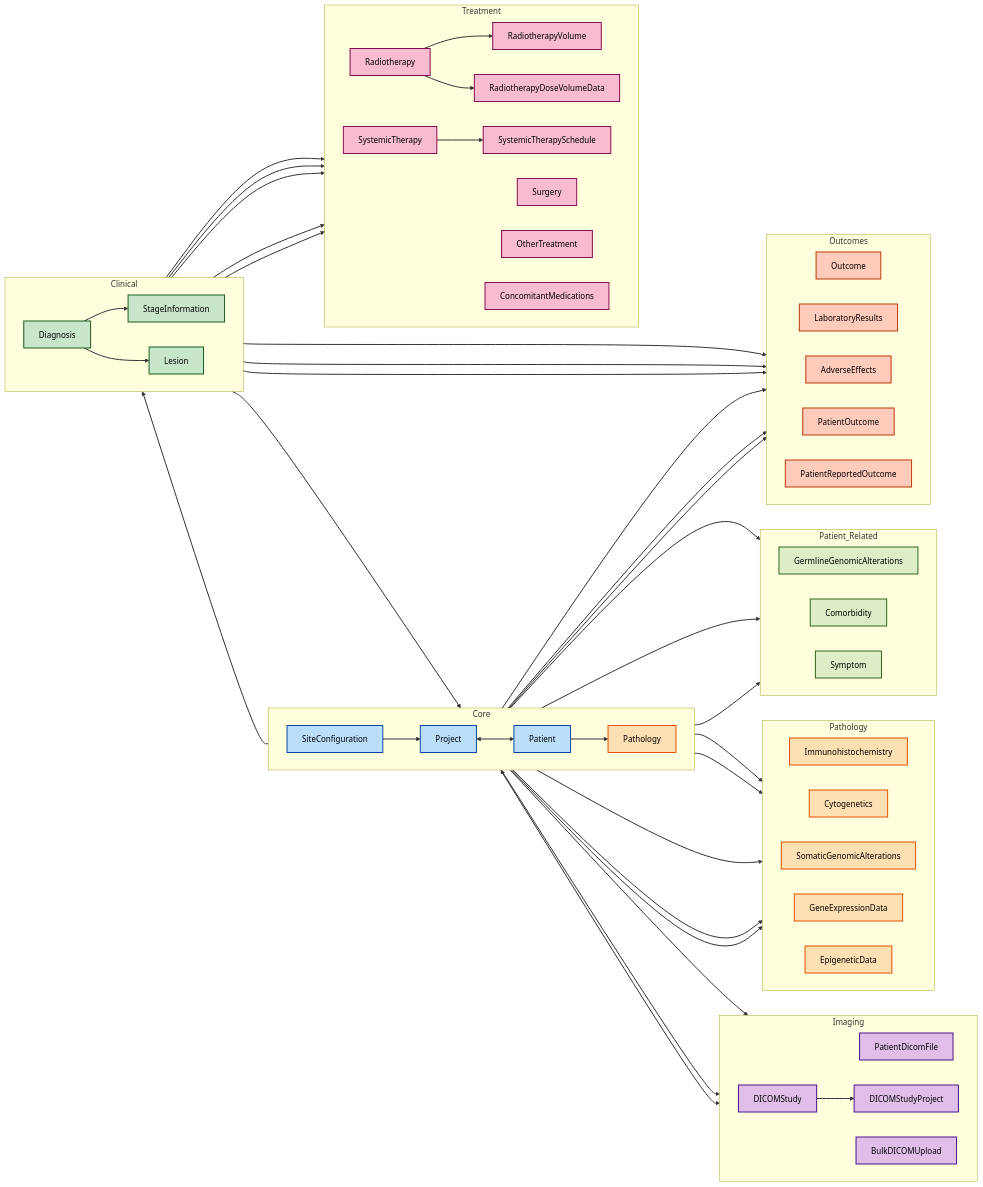
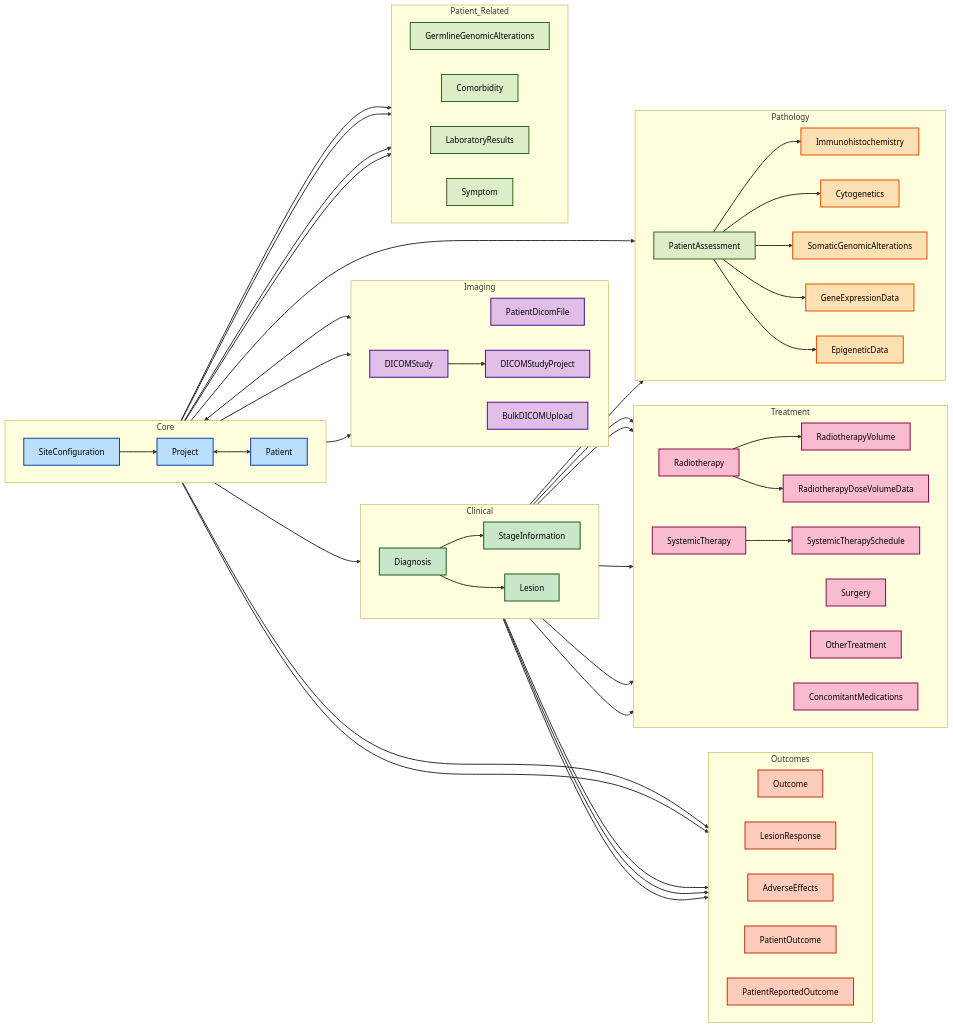
One commit to CHAVI-India/CHAVI-Client changed the diagram in README.md. Above: the diagram before and after it, drawn with Mermaid.

Commit message:
Update patient relationship diagram in README

```diff
--- a/README.md
+++ b/README.md
@@ -238,10 +238,8 @@
         SC[SiteConfiguration]
         P[Project]
         PT[Patient]
-        PA[PatientAssessment]
         SC --> P
         P <--> PT
-        PT --> PA
     end
 
     %% Imaging Models
@@ -322,9 +320,10 @@
         direction LR
         GG[GermlineGenomicAlterations]
         CO[Comorbidity]
-        LR[LaboratoryResults]
+        LAB[LaboratoryResults]
         SY[Symptom]
-        PT --> GG & CO & LR & SY
+        PA[PatientAssessment]
+        PT --> GG & CO & LAB & SY & PA
     end
 
 classDef core fill:#bbdefb,stroke:#0d47a1,stroke-width:2px,color:#000000
@@ -335,12 +334,12 @@
 classDef patient fill:#dcedc8,stroke:#33691e,stroke-width:2px,color:#000000
 classDef outcomes fill:#ffccbc,stroke:#bf360c,stroke-width:2px,color:#000000
 
-class SC,P,PT,PA core
+class SC,P,PT core
 class PDF,DS,DSP,BDU imaging
 class D,SI,L clinical
 class PA,IH,CY,SG,GE,EP pathology
 class RT,RV,RD,ST,SS,SU,OT,CM treatment
-class GG,CO,LR,SY patient
+class GG,CO,LAB,SY,PA patient
 class O,LR,AE,PO,PR outcomes
 
 %% Layout Adjustments
```
